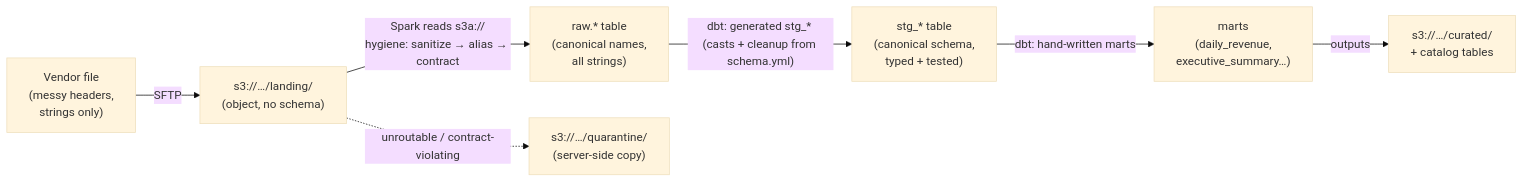
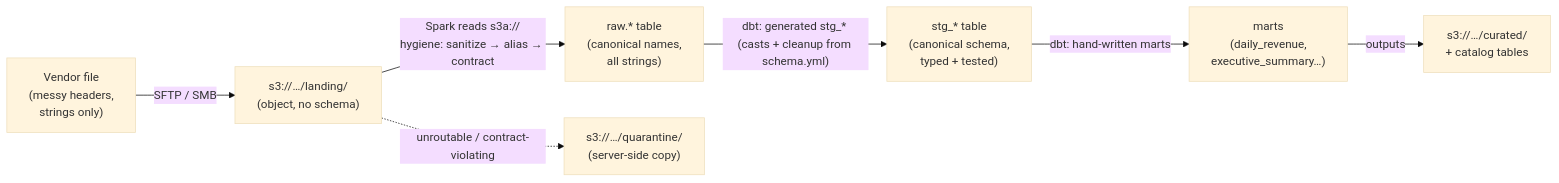
One commit to jl178/temporal-testing changed the first of 2 diagrams in docs/etl.md. Above: the diagram before and after it, drawn with Mermaid (base theme). The commit also changed other lines of this file and 7 other files, not shown here.

First line of the commit message:
SMB as a second ingest source protocol, proven e2e alongside SFTP

````diff
--- a/docs/etl.md
+++ b/docs/etl.md
@@ -61,9 +62,9 @@
 ```mermaid
 flowchart LR
-    V["Vendor file<br/>(messy headers,<br/>strings only)"] -->|SFTP| L["s3://…/landing/<br/>(object, no schema)"]
+    V["Vendor file<br/>(messy headers,<br/>strings only)"] -->|SFTP / SMB| L["s3://…/landing/<br/>(object, no schema)"]
     L -->|"Spark reads s3a://<br/>hygiene: sanitize → alias → contract"| R["raw.* table<br/>(canonical names,<br/>all strings)"]
     R -->|"dbt: generated stg_* <br/>(casts + cleanup from schema.yml)"| S["stg_* table<br/>(canonical schema,<br/>typed + tested)"]
     S -->|"dbt: hand-written marts"| M["marts<br/>(daily_revenue,<br/>executive_summary…)"]
     M -->|outputs| C["s3://…/curated/<br/>+ catalog tables"]
     L -.->|"unroutable / contract-violating"| Q["s3://…/quarantine/<br/>(server-side copy)"]
 ```
````
